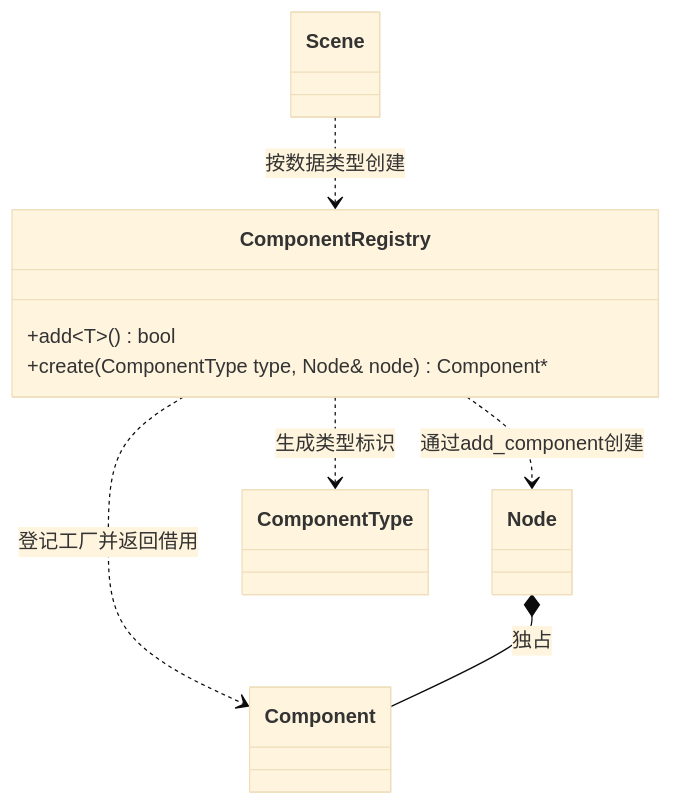
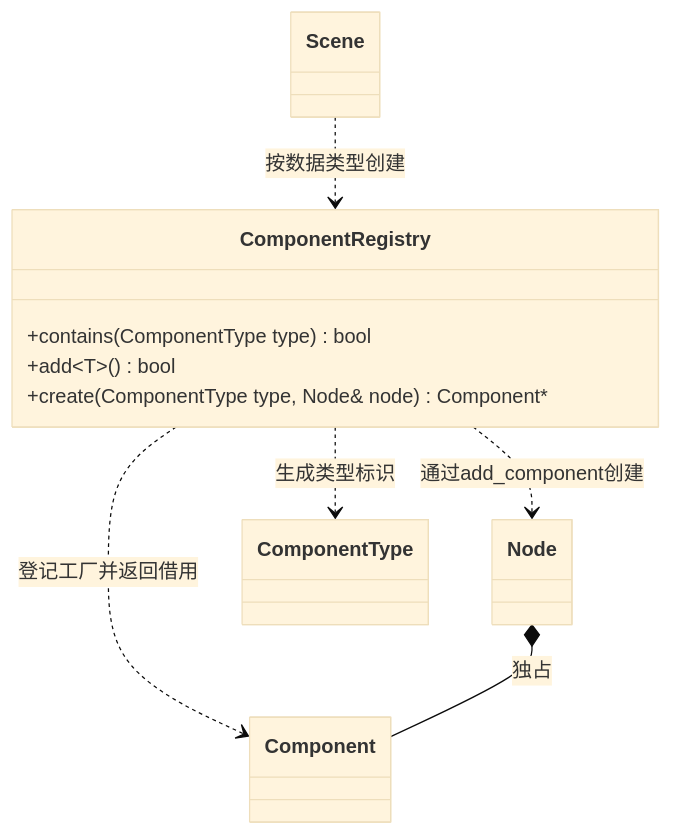
The diagram in docs/runtime/class-diagrams/component-registry.md (lcals/Engine), drawn with Mermaid (base theme) before and after one commit. The commit also changed 213 other files, not shown here.

````diff
--- a/docs/runtime/class-diagrams/component-registry.md
+++ b/docs/runtime/class-diagrams/component-registry.md
@@ -5,16 +5,17 @@
 ```mermaid
 classDiagram
     class ComponentRegistry {
+        +contains(ComponentType type) bool
         +add~T~() bool
         +create(ComponentType type, Node& node) Component#42;
     }
     class Component
     class Node
     class Scene
     class ComponentType
     ComponentRegistry ..> Component : 登记工厂并返回借用
     ComponentRegistry ..> Node : 通过add_component创建
     ComponentRegistry ..> ComponentType : 生成类型标识
     Scene ..> ComponentRegistry : 按数据类型创建
     Node *-- Component : 独占
 ```
````
